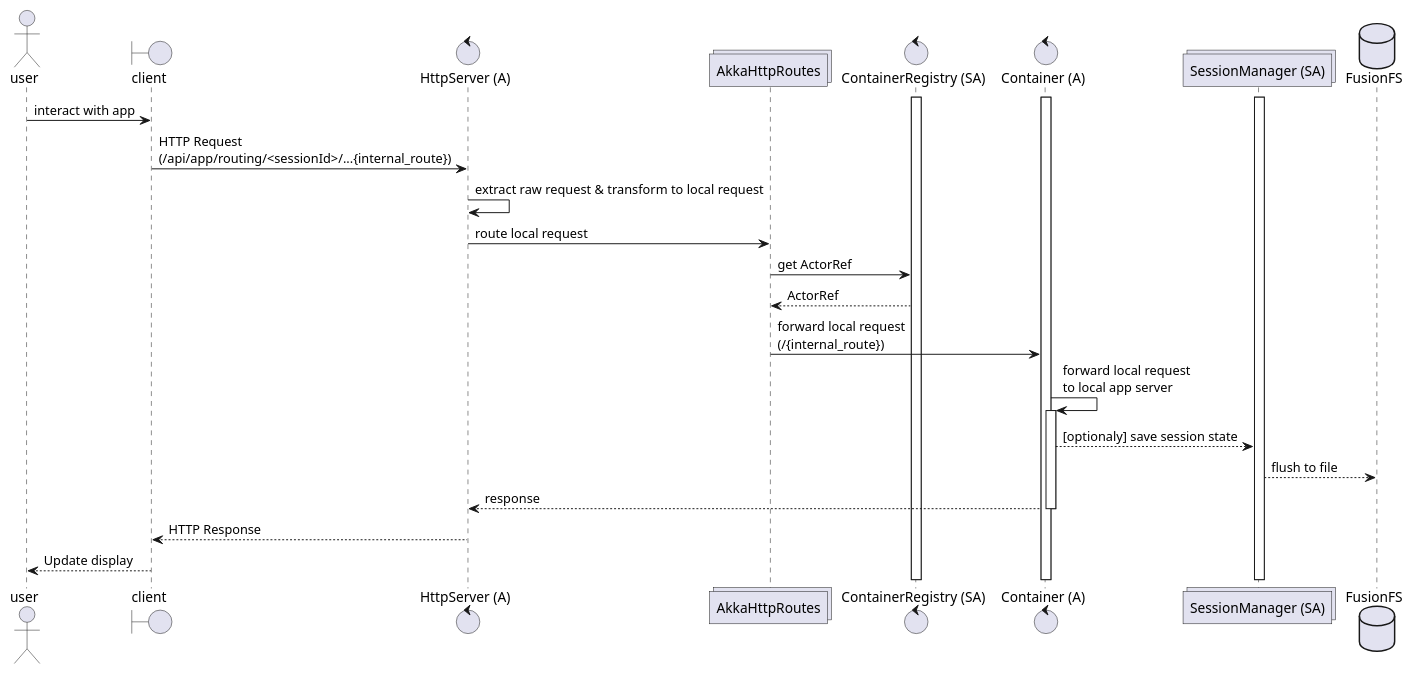
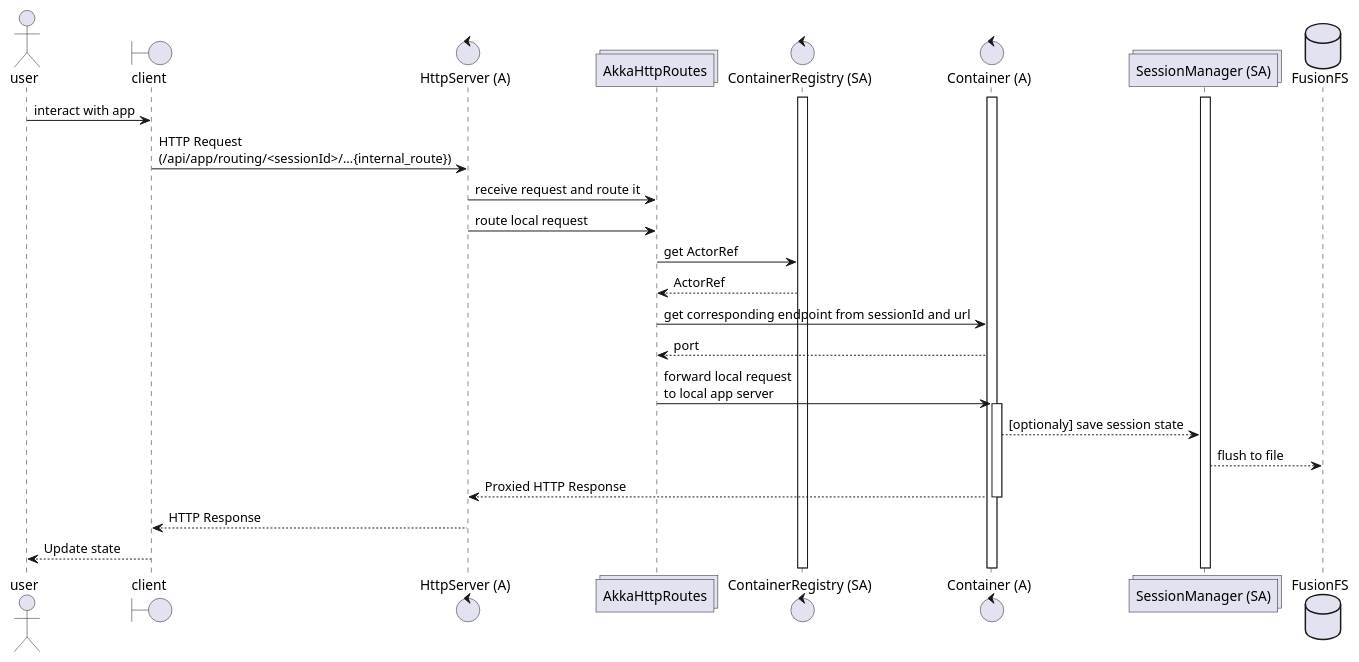
The second of 3 diagrams in packages/fusion-arch-doc/src/process/emby-life-cycle.puml (ormi-org/agamis-fusion), drawn with PlantUML before and after one commit. The commit also changed 7 other files, not shown here.

Commit message:
f/task(30): implement app node WIP : + updated global routing paths (no more version as segment) + add routes for app + update doc ::test ok

```diff
--- a/packages/fusion-arch-doc/src/process/emby-life-cycle.puml
+++ b/packages/fusion-arch-doc/src/process/emby-life-cycle.puml
@@ -32,30 +32,32 @@
 @startuml emby-classic-interact
 actor user
 boundary client
 control "HttpServer (A)" as server
 collections AkkaHttpRoutes as routes
 control "ContainerRegistry (SA)" as reg
 control "Container (A)" as app
 collections "SessionManager (SA)" as session
 database FusionFS as fs
 
 activate session
 activate reg
 activate app
 
 user -> client : interact with app
 client -> server : HTTP Request\n(/api/app/routing/<sessionId>/...{internal_route})
-server -> server : extract raw request & transform to local request
+server -> routes : receive request and route it
+' server -> server : extract raw request & transform to local request
 server -> routes : route local request
 routes -> reg : get ActorRef
 routes <-- reg : ActorRef
-routes -> app : forward local request\n(/{internal_route})
-app -> app : forward local request\nto local app server
+routes -> app : get corresponding endpoint from sessionId and url
+routes <-- app : port
+routes -> app : forward local request\nto local app server
 activate app
 app --> session : [optionaly] save session state
 session --> fs : flush to file
-server <-- app : response
+server <-- app : Proxied HTTP Response
 deactivate app
 client <-- server : HTTP Response
-user <-- client : Update display
+user <-- client : Update state
 @enduml
```
